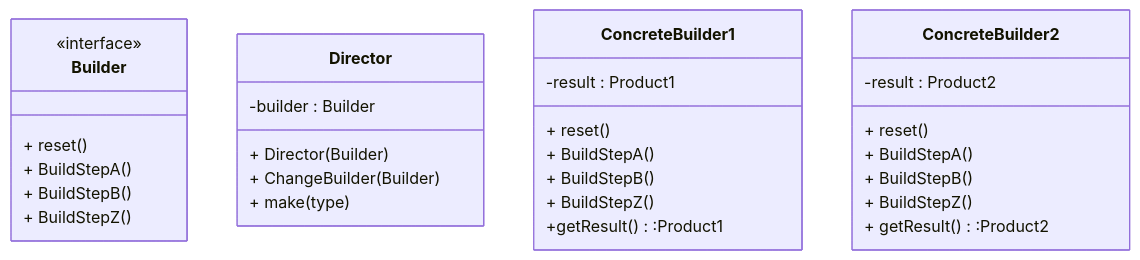
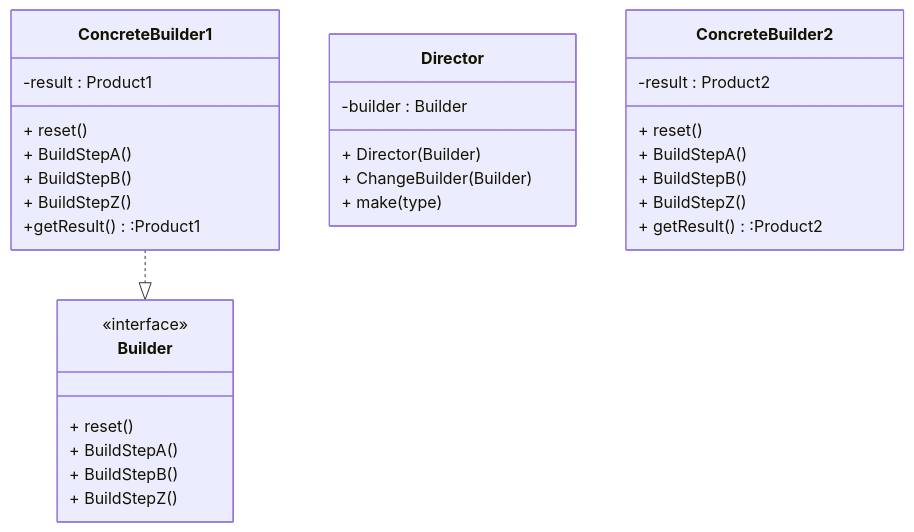
One commit to kirolossedra/Creational-Design-Patterns changed the diagram in Builder/README.md. Above: the diagram before and after it, drawn with Mermaid.

````diff
--- a/Builder/README.md
+++ b/Builder/README.md
@@ -2,39 +2,39 @@
 ```mermaid
 classDiagram
-
+ConcreteBuilder1 ..|> Builder
 class Builder{
 <<interface>> 
     + reset()
     + BuildStepA()
     + BuildStepB()
     + BuildStepZ()
 }
 
 class Director{
 -builder : Builder
 + Director(Builder)
 + ChangeBuilder(Builder)
 + make(type)
 }
 
 class ConcreteBuilder1{
 -result : Product1
 + reset()
 + BuildStepA()
 + BuildStepB()
 + BuildStepZ()
 +getResult():Product1
 
 }
 
 class ConcreteBuilder2{
 -result : Product2
 + reset()
 + BuildStepA()
 + BuildStepB()
 + BuildStepZ()
 + getResult():Product2
 
 }
 
 ```
````
